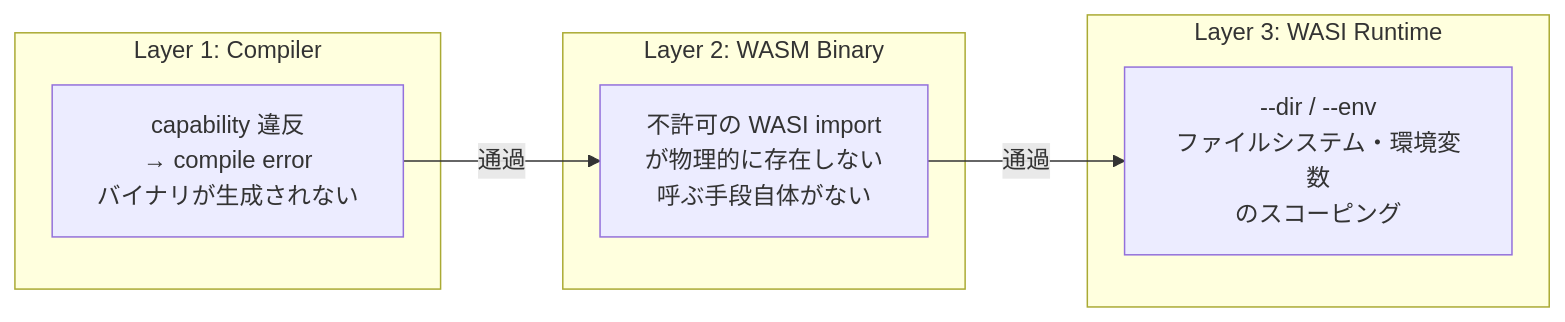
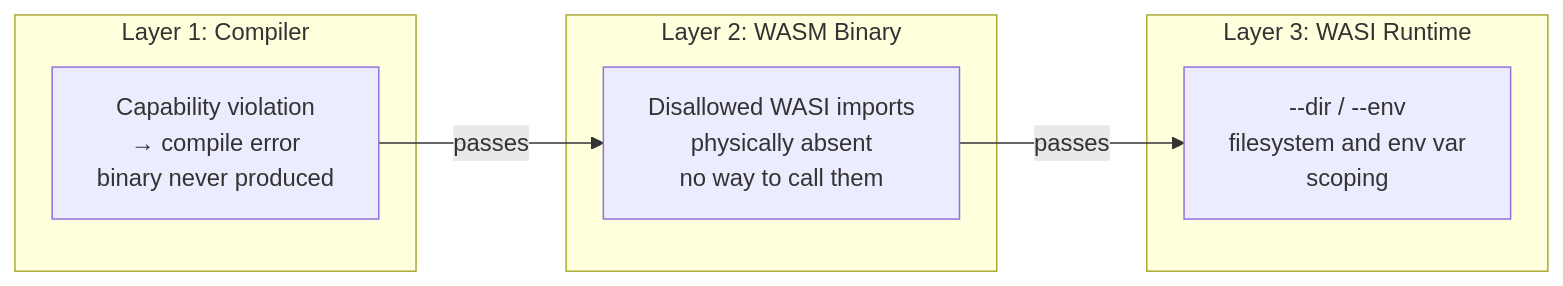
The fifth of 8 diagrams in docs/wasm/agent-container.md (almide/almide), drawn with Mermaid before and after one commit. The commit also changed other lines of this file and 5 other files, not shown here.

````diff
--- a/docs/wasm/agent-container.md
+++ b/docs/wasm/agent-container.md
@@ -202,14 +980,14 @@
 ```mermaid
 graph LR
     subgraph "Layer 1: Compiler"
-        L1["capability 違反<br/>→ compile error<br/>バイナリが生成されない"]
+        L1["Capability violation<br/>→ compile error<br/>binary never produced"]
     end
     subgraph "Layer 2: WASM Binary"
-        L2["不許可の WASI import<br/>が物理的に存在しない<br/>呼ぶ手段自体がない"]
+        L2["Disallowed WASI imports<br/>physically absent<br/>no way to call them"]
     end
     subgraph "Layer 3: WASI Runtime"
-        L3["--dir / --env<br/>ファイルシステム・環境変数<br/>のスコーピング"]
+        L3["--dir / --env<br/>filesystem and env var<br/>scoping"]
     end
 
-    L1 -->|"通過"| L2 -->|"通過"| L3
+    L1 -->|"passes"| L2 -->|"passes"| L3
 ```
````
